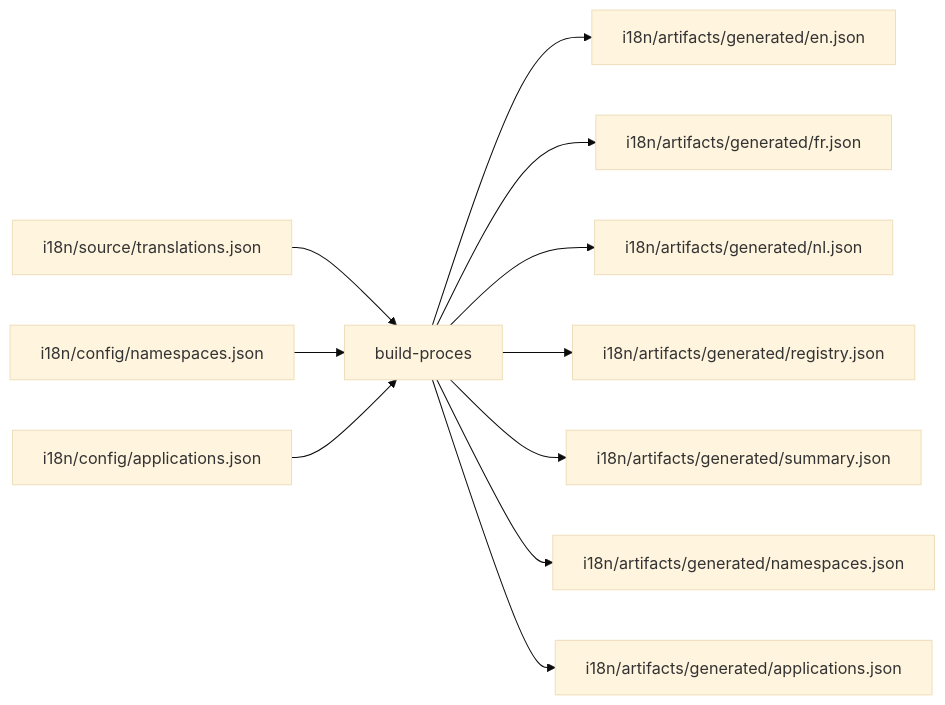
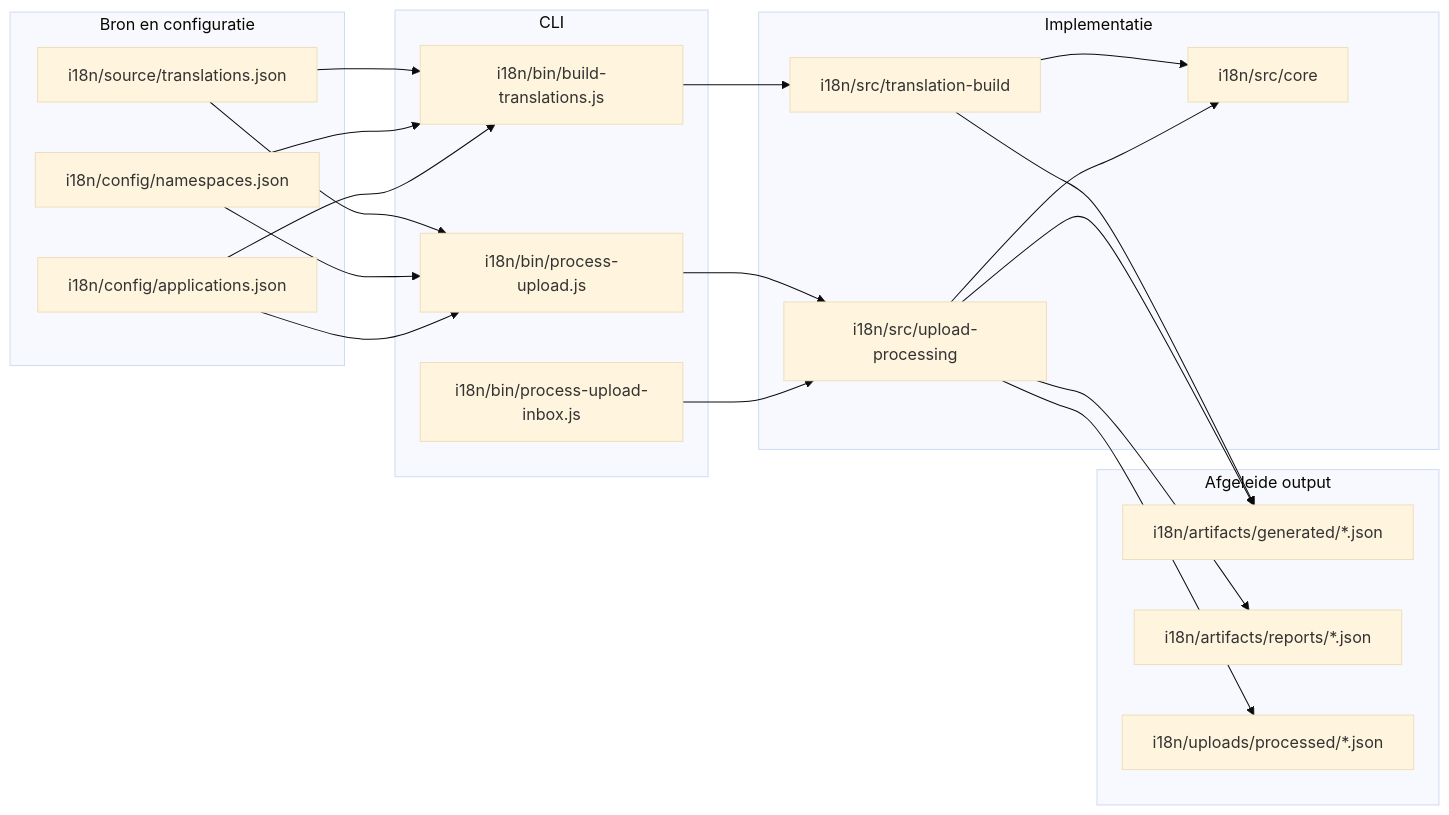
Before and after one commit to PRAxISDEVELOPMENT/mypraxis_translation_keys: the first of 8 diagrams in README.md, drawn with Mermaid (base theme). The commit also changed other lines of this file, not shown here.

````diff
--- a/README.md
+++ b/README.md
@@ -35,13 +48,44 @@
 ```mermaid
 flowchart LR
-    A[i18n/source/translations.json] --> B[build-proces]
-    C[i18n/config/namespaces.json] --> B
-    D[i18n/config/applications.json] --> B
-    B --> E[i18n/artifacts/generated/en.json]
-    B --> F[i18n/artifacts/generated/fr.json]
-    B --> G[i18n/artifacts/generated/nl.json]
-    B --> H[i18n/artifacts/generated/registry.json]
-    B --> I[i18n/artifacts/generated/summary.json]
-    B --> J[i18n/artifacts/generated/namespaces.json]
-    B --> K[i18n/artifacts/generated/applications.json]
+    subgraph Source[Bron en configuratie]
+        A[i18n/source/translations.json]
+        B[i18n/config/namespaces.json]
+        C[i18n/config/applications.json]
+    end
+
+    subgraph Entry[CLI]
+        D[i18n/bin/build-translations.js]
+        E[i18n/bin/process-upload.js]
+        F[i18n/bin/process-upload-inbox.js]
+    end
+
+    subgraph Logic[Implementatie]
+        G[i18n/src/translation-build]
+        H[i18n/src/upload-processing]
+        I[i18n/src/core]
+    end
+
+    subgraph Output[Afgeleide output]
+        J[i18n/artifacts/generated/*.json]
+        K[i18n/artifacts/reports/*.json]
+        L[i18n/uploads/processed/*.json]
+    end
+
+    A --> D
+    B --> D
+    C --> D
+    D --> G
+    G --> I
+    G --> J
+
+    A --> E
+    B --> E
+    C --> E
+    E --> H
+    H --> I
+    H --> K
+    H --> J
+
+    F --> H
+    H --> L
 ```
````
